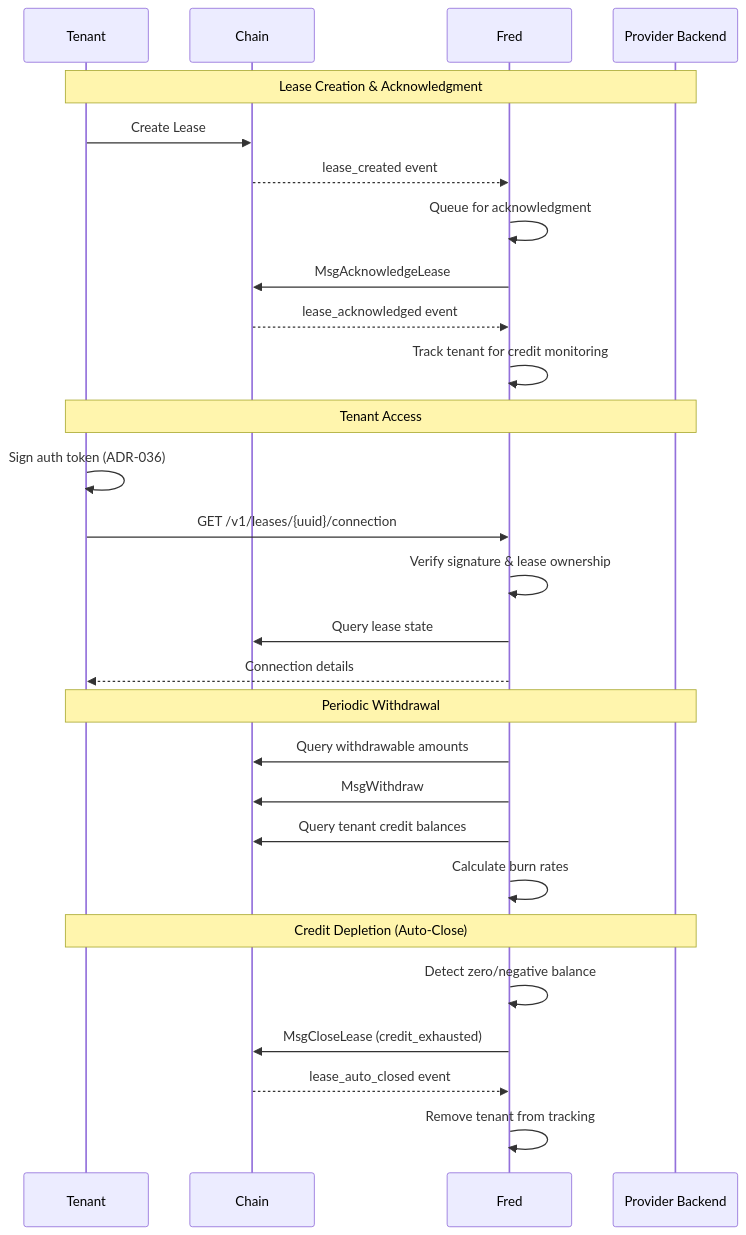
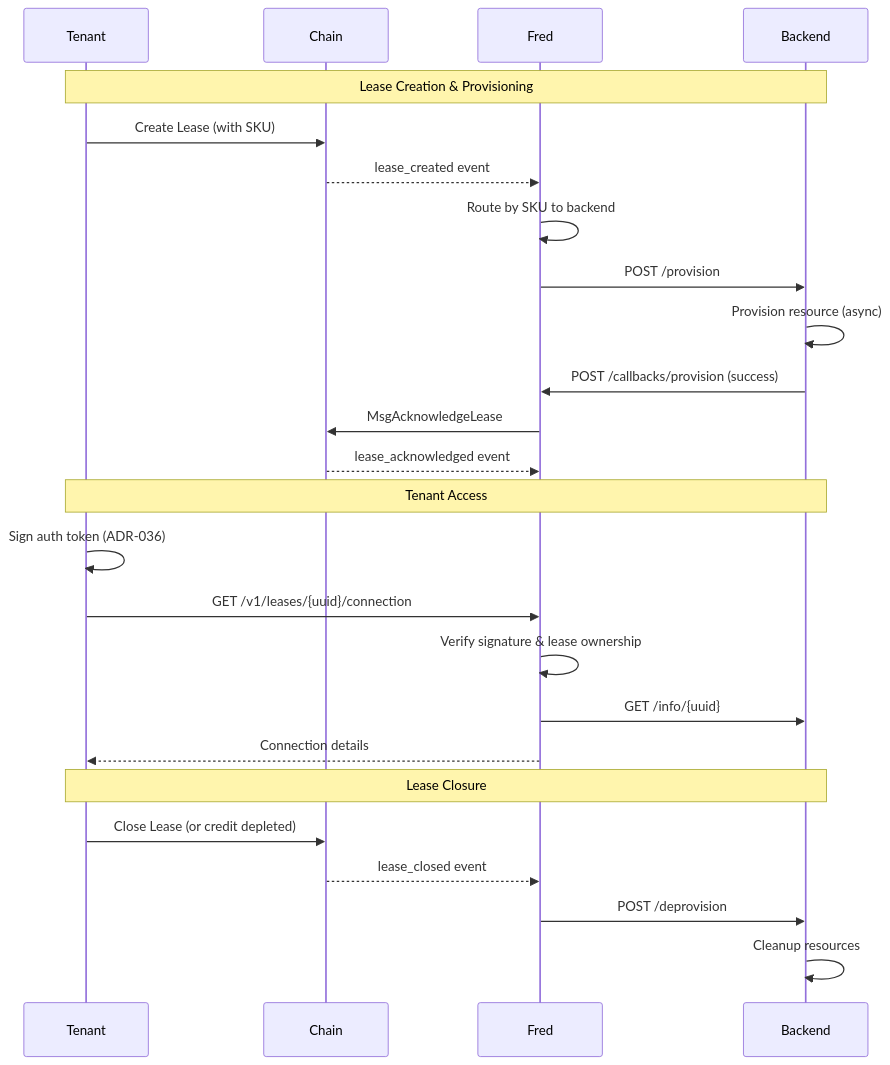
The diagram in README.md (manifest-network/fred), drawn with Mermaid before and after one commit. The commit also changed other lines of this file and 26 other files, not shown here.

````diff
--- a/README.md
+++ b/README.md
@@ -38,34 +71,30 @@
 ```mermaid
 sequenceDiagram
     participant T as Tenant
     participant C as Chain
     participant F as Fred
-    participant P as Provider Backend
+    participant B as Backend
 
-    Note over T,P: Lease Creation & Acknowledgment
-    T->>C: Create Lease
+    Note over T,B: Lease Creation & Provisioning
+    T->>C: Create Lease (with SKU)
     C-->>F: lease_created event
-    F->>F: Queue for acknowledgment
+    F->>F: Route by SKU to backend
+    F->>B: POST /provision
+    B->>B: Provision resource (async)
+    B->>F: POST /callbacks/provision (success)
     F->>C: MsgAcknowledgeLease
     C-->>F: lease_acknowledged event
-    F->>F: Track tenant for credit monitoring
 
-    Note over T,P: Tenant Access
+    Note over T,B: Tenant Access
     T->>T: Sign auth token (ADR-036)
     T->>F: GET /v1/leases/{uuid}/connection
     F->>F: Verify signature & lease ownership
-    F->>C: Query lease state
+    F->>B: GET /info/{uuid}
     F-->>T: Connection details
 
-    Note over T,P: Periodic Withdrawal
-    F->>C: Query withdrawable amounts
-    F->>C: MsgWithdraw
-    F->>C: Query tenant credit balances
-    F->>F: Calculate burn rates
-
-    Note over T,P: Credit Depletion (Auto-Close)
-    F->>F: Detect zero/negative balance
-    F->>C: MsgCloseLease (credit_exhausted)
-    C-->>F: lease_auto_closed event
-    F->>F: Remove tenant from tracking
+    Note over T,B: Lease Closure
+    T->>C: Close Lease (or credit depleted)
+    C-->>F: lease_closed event
+    F->>B: POST /deprovision
+    B->>B: Cleanup resources
 ```
````
